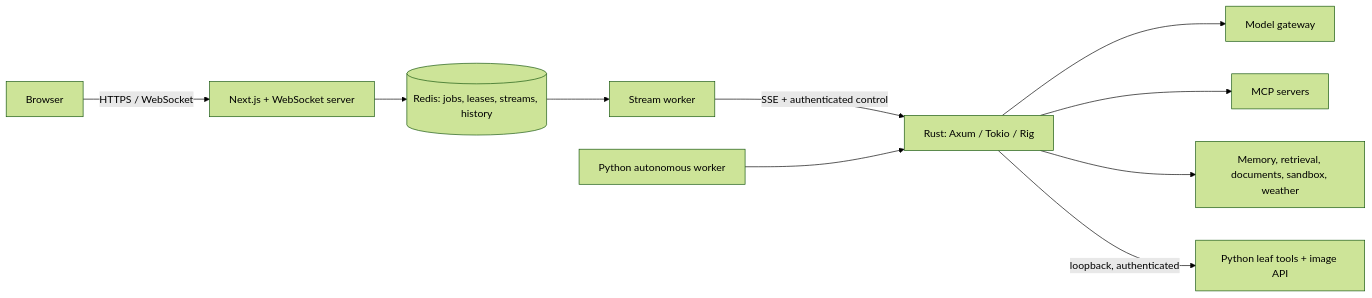
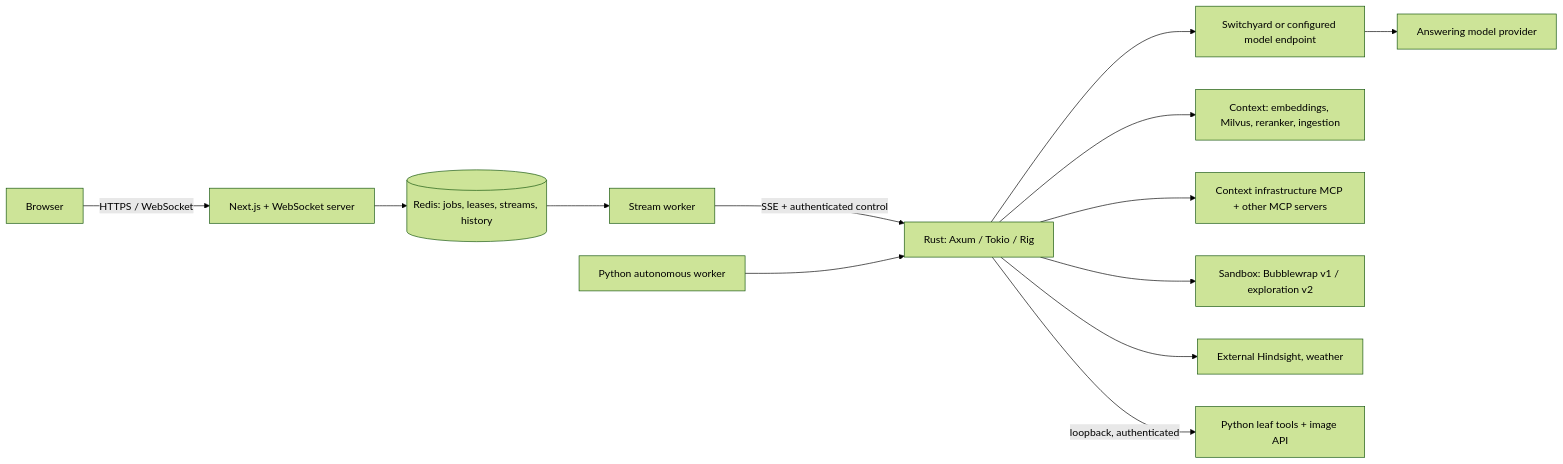
The diagram in docs/architecture.md (tuttlebr/daedalus-agent), drawn with Mermaid (forest theme) before and after one commit. The commit also changed other lines of this file and 1 other file, not shown here.

Commit message:
docs: align architecture with four-service integration

````diff
--- a/docs/architecture.md
+++ b/docs/architecture.md
@@ -15,12 +15,15 @@
 ```mermaid
 flowchart LR
     Browser -->|HTTPS / WebSocket| Frontend[Next.js + WebSocket server]
     Frontend --> Redis[(Redis: jobs, leases, streams, history)]
     Redis --> Worker[Stream worker]
     Worker -->|SSE + authenticated control| Rust[Rust: Axum / Tokio / Rig]
-    Rust --> Model[Model gateway]
-    Rust --> MCP[MCP servers]
-    Rust --> Services[Memory, retrieval, documents, sandbox, weather]
+    Rust --> Gateway[Switchyard or configured model endpoint]
+    Gateway --> Provider[Answering model provider]
+    Rust --> Context[Context: embeddings, Milvus, reranker, ingestion]
+    Rust --> MCP[Context infrastructure MCP + other MCP servers]
+    Rust --> Sandbox[Sandbox: Bubblewrap v1 / exploration v2]
+    Rust --> Services[External Hindsight, weather]
     Rust -->|loopback, authenticated| Python[Python leaf tools + image API]
     Autonomy[Python autonomous worker] --> Rust
 ```
````
